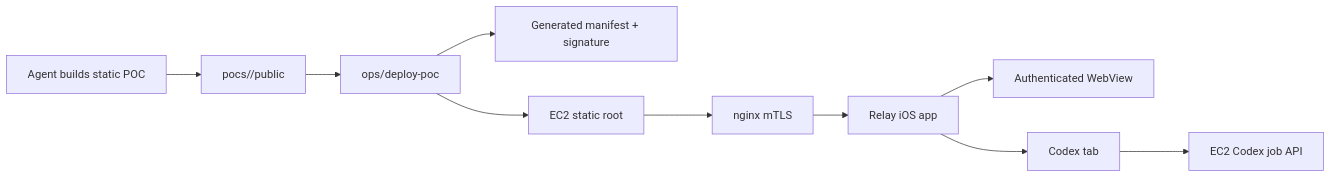
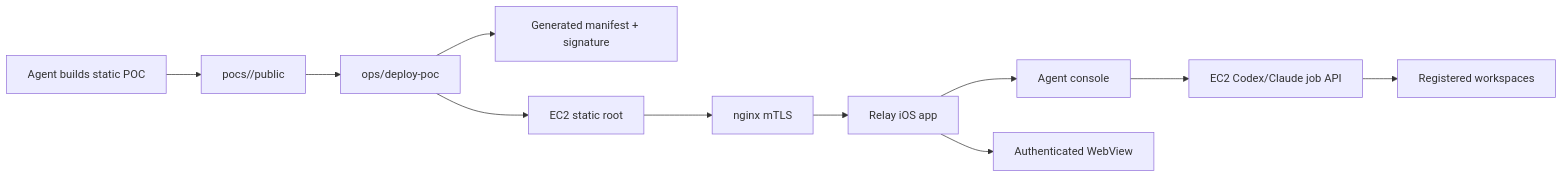
The diagram in README.md (speedcuber911/private-ios-poc-vault), drawn with Mermaid before and after one commit. The commit also changed other lines of this file and 7 other files, not shown here.

````diff
--- a/README.md
+++ b/README.md
@@ -52,12 +56,13 @@
 ```mermaid
 flowchart LR
+  Phone["Relay iOS app"] --> AgentConsole["Agent console"]
+  AgentConsole --> CodexAPI["EC2 Codex/Claude job API"]
+  CodexAPI --> Workspaces["Registered workspaces"]
   Agent["Agent builds static POC"] --> Source["pocs/<slug>/public"]
   Source --> Deploy["ops/deploy-poc"]
   Deploy --> Manifest["Generated manifest + signature"]
   Deploy --> VM["EC2 static root"]
   VM --> Nginx["nginx mTLS"]
-  Nginx --> App["Relay iOS app"]
-  App --> WebView["Authenticated WebView"]
-  App --> CodexTab["Codex tab"]
-  CodexTab --> CodexAPI["EC2 Codex job API"]
+  Nginx --> Phone
+  Phone --> WebView["Authenticated WebView"]
 ```
````
